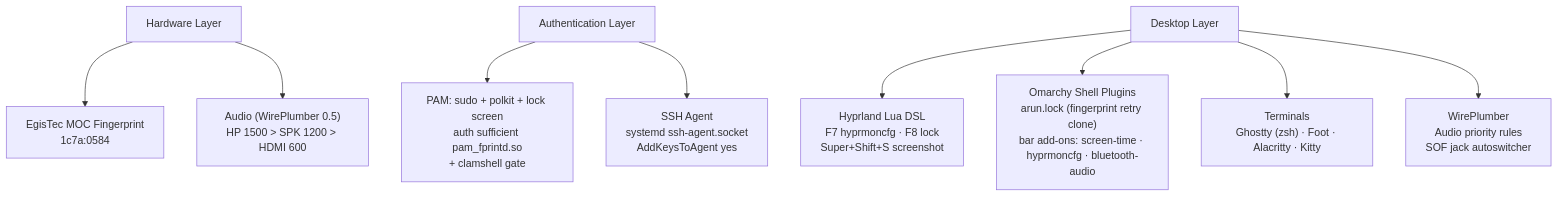
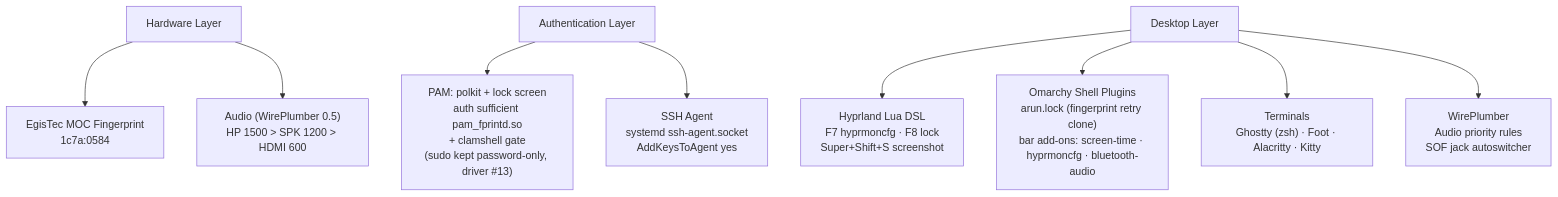
One commit to dev-learner-supreme/omarchy-quattro-dotfiles changed the diagram in SETUP_AND_ARCHITECTURE.md. Above: the diagram before and after it, drawn with Mermaid. The commit also changed other lines of this file and 5 other files, not shown here.

First line of the commit message:
fix(fingerprint): keep sudo password-only, drop pam_fprintd from it

````diff
--- a/SETUP_AND_ARCHITECTURE.md
+++ b/SETUP_AND_ARCHITECTURE.md
@@ -23,11 +23,11 @@
 ```mermaid
 graph TD
   A["Hardware Layer"] --> B["EgisTec MOC Fingerprint<br/>1c7a:0584"]
   A --> C["Audio (WirePlumber 0.5)<br/>HP 1500 > SPK 1200 > HDMI 600"]
-  D["Authentication Layer"] --> E["PAM: sudo + polkit + lock screen<br/>auth sufficient pam_fprintd.so<br/>+ clamshell gate"]
+  D["Authentication Layer"] --> E["PAM: polkit + lock screen<br/>auth sufficient pam_fprintd.so<br/>+ clamshell gate<br/>(sudo kept password-only, driver #13)"]
   D --> F["SSH Agent<br/>systemd ssh-agent.socket<br/>AddKeysToAgent yes"]
   G["Desktop Layer"] --> H["Hyprland Lua DSL<br/>F7 hyprmoncfg · F8 lock<br/>Super+Shift+S screenshot"]
   G --> I["Omarchy Shell Plugins<br/>arun.lock (fingerprint retry clone)<br/>bar add-ons: screen-time · hyprmoncfg · bluetooth-audio"]
   G --> J["Terminals<br/>Ghostty (zsh) · Foot · Alacritty · Kitty"]
   G --> K["WirePlumber<br/>Audio priority rules<br/>SOF jack autoswitcher"]
 ```
````
